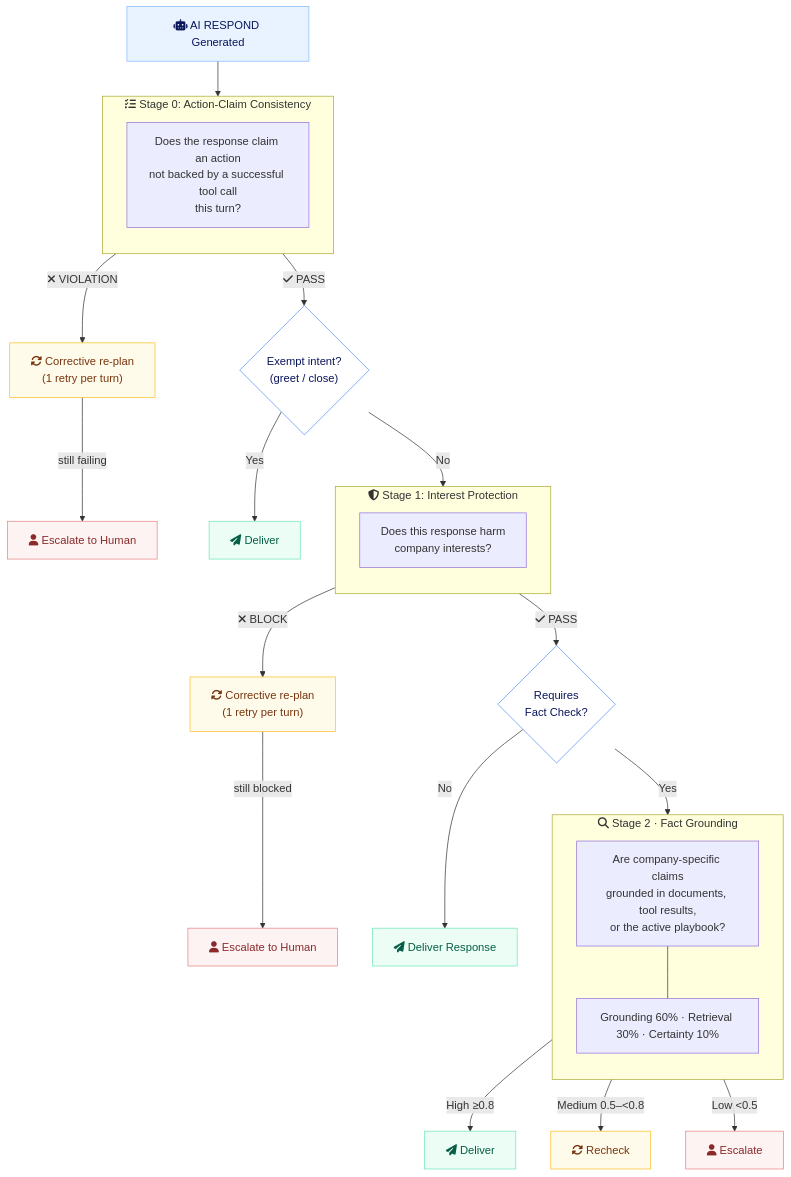
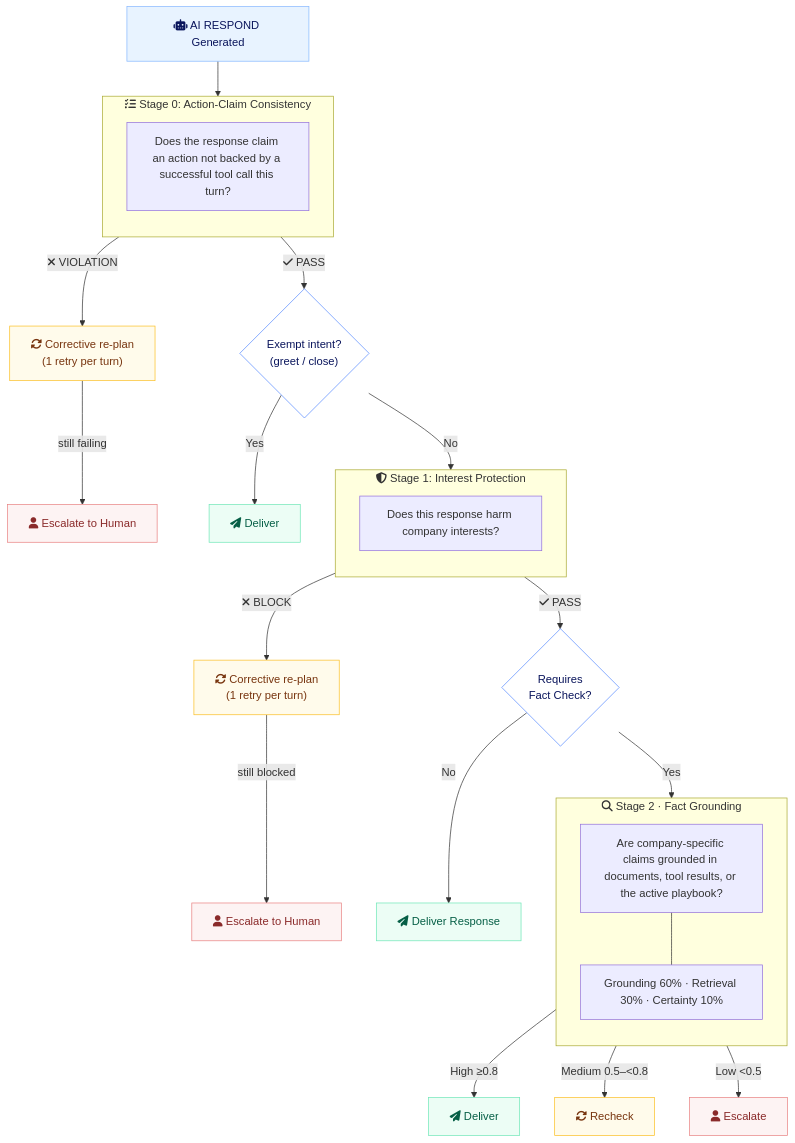
The diagram in technical/guardrails.md (hay-chat/hay-docs), drawn with Mermaid before and after one commit.

Commit message:
Let guardrails diagram labels wrap on their own
The forced <br/> breaks wrapped awkwardly at the site's wider label width.

Claude-Session: https://claude.ai/code/session_015AWQ4BThSxJyj4RpSsNE2E

````diff
--- a/technical/guardrails.md
+++ b/technical/guardrails.md
@@ -24,52 +24,52 @@
 ```mermaid
 flowchart TD
   A["fa:fa-robot AI RESPOND Generated"]
 
   A --> Z
 
   subgraph Z["fa:fa-list-check  Stage 0: Action-Claim Consistency"]
     direction TB
-    Z1["Does the response claim an action<br/>not backed by a successful tool call<br/>this turn?"]
+    Z1["Does the response claim an action not backed by a successful tool call this turn?"]
   end
 
   Z -->|"fa:fa-xmark VIOLATION"| RETRY0["fa:fa-rotate Corrective re-plan<br/>(1 retry per turn)"]
   RETRY0 -->|"still failing"| ESC0["fa:fa-user Escalate to Human"]
   Z -->|"fa:fa-check PASS"| INT{"Exempt intent?<br/>(greet / close)"}
 
   INT -->|"Yes"| DEL0["fa:fa-paper-plane Deliver"]
   INT -->|"No"| B
 
   subgraph B["fa:fa-shield-halved  Stage 1: Interest Protection"]
     direction TB
-    B1["Does this response harm<br/>company interests?"]
+    B1["Does this response harm company interests?"]
   end
 
   B -->|"fa:fa-xmark BLOCK"| RETRY1["fa:fa-rotate Corrective re-plan<br/>(1 retry per turn)"]
   RETRY1 -->|"still blocked"| ESC["fa:fa-user Escalate to Human"]
   B -->|"fa:fa-check PASS"| C{"Requires<br/>Fact Check?"}
 
   C -->|"No"| DEL1["fa:fa-paper-plane Deliver Response"]
   C -->|"Yes"| D
 
   subgraph D["fa:fa-magnifying-glass  Stage 2 · Fact Grounding"]
     direction TB
-    D1["Are company-specific claims<br/>grounded in documents, tool results,<br/>or the active playbook?"]
+    D1["Are company-specific claims grounded in documents, tool results, or the active playbook?"]
     D2["Grounding 60% · Retrieval 30% · Certainty 10%"]
     D1 --- D2
   end
 
   D -->|"High ≥0.8"| DEL2["fa:fa-paper-plane Deliver"]
   D -->|"Medium 0.5–&lt;0.8"| REC["fa:fa-rotate Recheck"]
   D -->|"Low <0.5"| ESC2["fa:fa-user Escalate"]
 
   classDef primary fill:#e8f3ff,stroke:#85b7ff,color:#0a155c
   classDef decision fill:#ffffff,stroke:#568aff,color:#0a155c
   classDef success fill:#ecfdf5,stroke:#6ee7b7,color:#065f46
   classDef warning fill:#fffbeb,stroke:#fbbf24,color:#78350f
   classDef danger fill:#fdf3f3,stroke:#e88181,color:#8a2a2a
   class A primary
   class C,INT decision
   class DEL0,DEL1,DEL2 success
   class RETRY0,RETRY1,REC warning
   class ESC0,ESC,ESC2 danger
 ```
````
